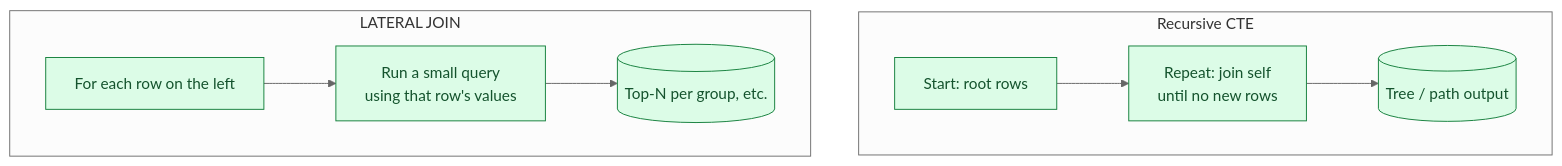
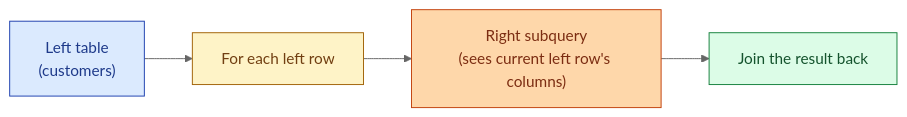
The second of 2 diagrams in _de_concepts/007-recursive-ctes-lateral-joins.md (shiningflash/shiningflash.github.io), drawn with Mermaid (neutral theme) before and after one commit. The commit also changed other lines of this file and 5 other files, not shown here.

````diff
--- a/_de_concepts/007-recursive-ctes-lateral-joins.md
+++ b/_de_concepts/007-recursive-ctes-lateral-joins.md
@@ -12,14 +115,11 @@
 ```mermaid
-flowchart TB
-    subgraph R["Recursive CTE"]
-        R1["Start: root rows"] --> R2["Repeat: join self<br/>until no new rows"]
-        R2 --> R3[("Tree / path output")]
-    end
-    subgraph L["LATERAL JOIN"]
-        L1["For each row on the left"] --> L2["Run a small query<br/>using that row's values"]
-        L2 --> L3[("Top-N per group, etc.")]
-    end
+flowchart LR
+    L["Left table<br/>(customers)"]:::a --> Each["For each left row"]:::y
+    Each --> R["Right subquery<br/>(sees current left row's columns)"]:::b
+    R --> Join["Join the result back"]:::g
 
-    classDef _ fill:#dcfce7,stroke:#15803d,color:#14532d
-    class R1,R2,R3,L1,L2,L3 _
+    classDef a fill:#dbeafe,stroke:#1e40af,color:#1e3a8a
+    classDef y fill:#fef3c7,stroke:#a16207,color:#713f12
+    classDef b fill:#fed7aa,stroke:#c2410c,color:#7c2d12
+    classDef g fill:#dcfce7,stroke:#15803d,color:#14532d
 ```
````
